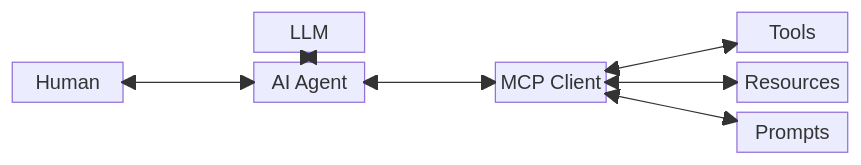
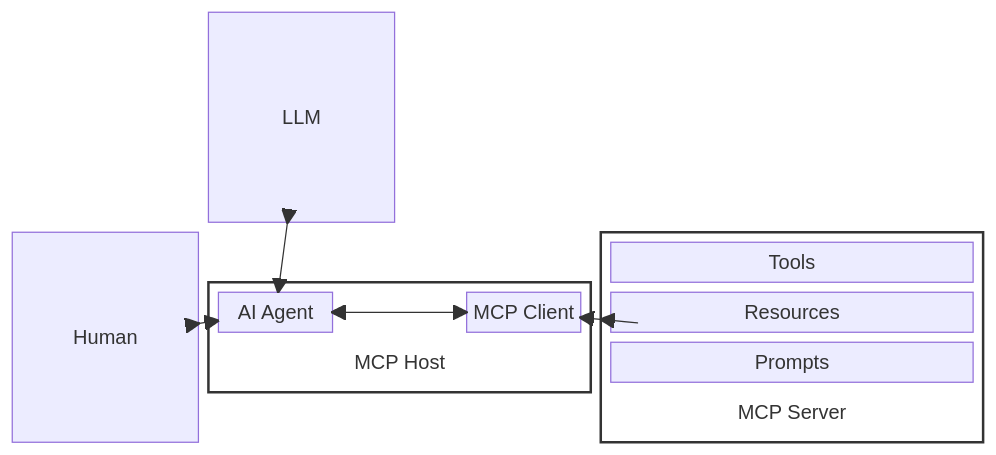
Before and after one commit to WebexCC-SA/LAB-31123: the diagram in docs/mermaid.md, drawn with Mermaid.

````diff
--- a/docs/mermaid.md
+++ b/docs/mermaid.md
@@ -1,15 +1,30 @@
 ```mermaid
 block-beta
-    columns 7
+    columns 5
 
-    space space L["LLM"] space space space T["Tools"]
-    H["Human"] space A["AI Agent"] space C["MCP Client"] space R["Resources"]
-    space space space space space space P["Prompts"]
+    space L["LLM"] space space space
+
+    H["Human"]
+    block:host:2
+        columns 3
+        A["AI Agent"] space C["MCP Client"]
+        space HL["MCP Host"] space
+    end
+    block:server:2
+        columns 1
+        T["Tools"]
+        R["Resources"]
+        P["Prompts"]
+        SL["MCP Server"]
+    end
 
     H <--> A
     L <--> A
     A <--> C
-    C <--> T
-    C <--> R
-    C <--> P
+    C <--> server
+
+    style host fill:#ffffff,stroke:#333333,stroke-width:2px
+    style server fill:#ffffff,stroke:#333333,stroke-width:2px
+    style HL fill:none,stroke:none,color:#1496d4
+    style SL fill:none,stroke:none,color:#159947
 ```
````
